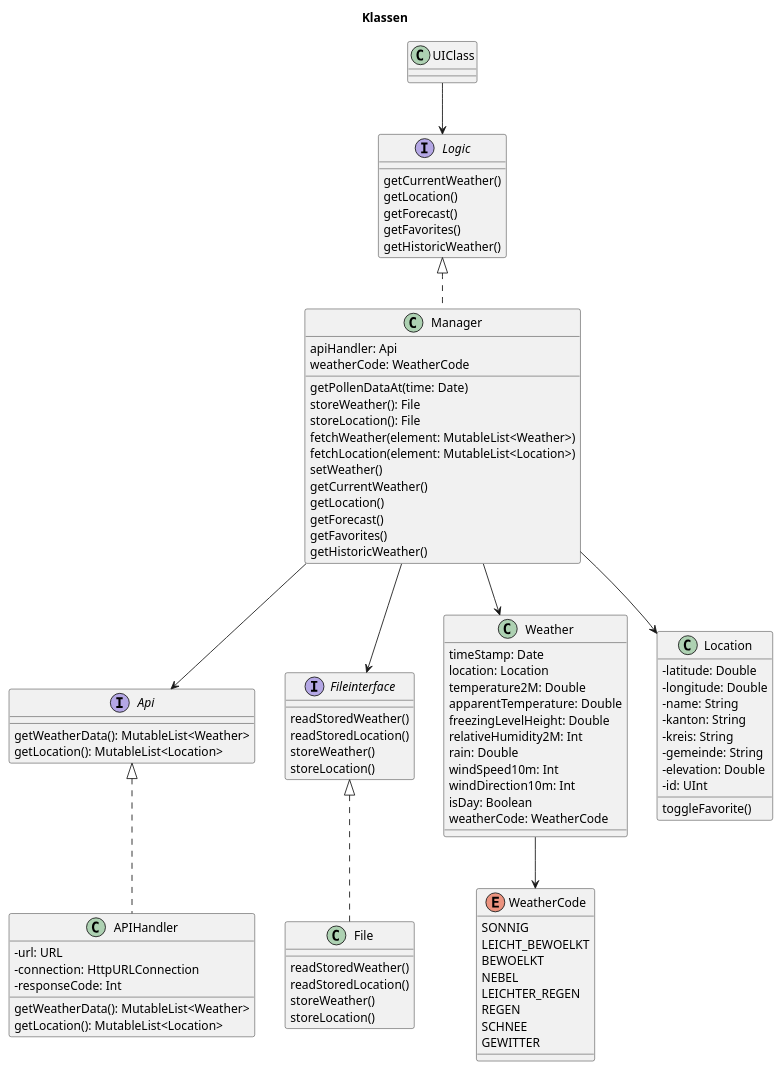
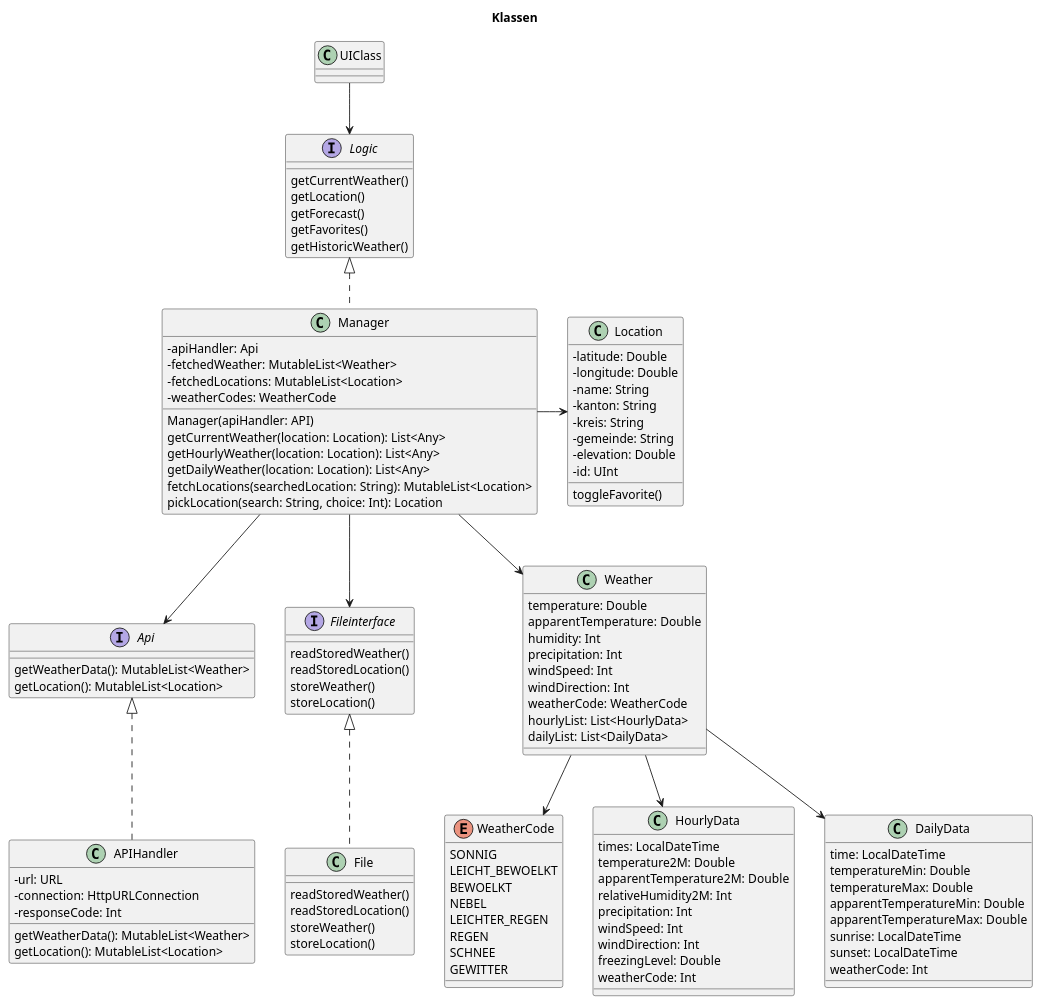
One commit to PaddyT91/Wetterapp_PRG_Testing_Phase changed the diagram in doc/ClassDiagram_Feedback.puml. Above: the diagram before and after it, drawn with PlantUML. The commit also changed 15 other files, not shown here.

Commit message:
Grosse Anpassungen - nicht genutzte UML-Diagramme gelöscht - Manager-, Wetterklassen im UML angepasst. - Architektur angepasst...

```diff
--- a/doc/ClassDiagram_Feedback.puml
+++ b/doc/ClassDiagram_Feedback.puml
@@ -1,118 +1,133 @@
 @startuml
 'https://plantuml.com/class-diagram
-
 
 skinparam classAttributeIconSize 0
 title Klassen
 
 
 
 Api <|-. APIHandler
 UIClass --> Logic
 Logic <|-. Manager
 Fileinterface <|-. File
 Manager --> Fileinterface
 Manager --> Api
 Manager --> Weather
-Manager --> Location
+Manager -> Location
 Weather --> WeatherCode
+Weather --> HourlyData
+Weather --> DailyData
 
 class Manager {
-    apiHandler: Api
-    getPollenDataAt(time: Date)
-    storeWeather(): File
-    storeLocation(): File
-    fetchWeather(element: MutableList<Weather>)
-    fetchLocation(element: MutableList<Location>)
-    weatherCode: WeatherCode
-    setWeather()
-    getCurrentWeather()
-    getLocation()
-    getForecast()
-    getFavorites()
-    getHistoricWeather()
+    - apiHandler: Api
+    - fetchedWeather: MutableList<Weather>
+    - fetchedLocations: MutableList<Location>
+    - weatherCodes: WeatherCode
+    Manager(apiHandler: API)
+    getCurrentWeather(location: Location): List<Any>
+    getHourlyWeather(location: Location): List<Any>
+    getDailyWeather(location: Location): List<Any>
+    fetchLocations(searchedLocation: String): MutableList<Location>
+    pickLocation(search: String, choice: Int): Location
 }
 
 interface Fileinterface {
     readStoredWeather()
     readStoredLocation()
     storeWeather()
     storeLocation()
 
 }
 
 interface Api {
      getWeatherData(): MutableList<Weather>
      getLocation(): MutableList<Location>
 }
 
-
 interface Logic {
     getCurrentWeather()
     getLocation()
     getForecast()
     getFavorites()
     getHistoricWeather()
 }
-
 class UIClass {
 
 }
-
 
 class File {
     readStoredWeather()
     readStoredLocation()
     storeWeather()
     storeLocation()
 }
-
 
 class APIHandler {
     -url: URL
     -connection: HttpURLConnection
     -responseCode: Int
     getWeatherData(): MutableList<Weather>
     getLocation(): MutableList<Location>
 
 }
 
 class Weather {
-    timeStamp: Date
-    location: Location
+    temperature: Double
+    apparentTemperature: Double
+    humidity: Int
+    precipitation: Int
+    windSpeed: Int
+    windDirection: Int
+    weatherCode: WeatherCode
+    hourlyList: List<HourlyData>
+    dailyList: List<DailyData>
+}
+
+class HourlyData {
+    times: LocalDateTime
     temperature2M: Double
-    apparentTemperature: Double
-    freezingLevelHeight: Double
+    apparentTemperature2M: Double
     relativeHumidity2M: Int
-    rain: Double
-    windSpeed10m: Int
-    windDirection10m: Int
-    isDay: Boolean
-    weatherCode: WeatherCode
+    precipitation: Int
+    windSpeed: Int
+    windDirection: Int
+    freezingLevel: Double
+    weatherCode: Int
+}
+
+class DailyData {
+    time: LocalDateTime
+    temperatureMin: Double
+    temperatureMax: Double
+    apparentTemperatureMin: Double
+    apparentTemperatureMax: Double
+    sunrise: LocalDateTime
+    sunset: LocalDateTime
+    weatherCode: Int
 }
 
 class Location {
     - latitude: Double
     - longitude: Double
     - name: String
     - kanton: String
     - kreis: String
     - gemeinde: String
     - elevation: Double
     - id: UInt
     toggleFavorite()
 }
 
 enum WeatherCode {
      SONNIG
      LEICHT_BEWOELKT
      BEWOELKT
      NEBEL
      LEICHTER_REGEN
      REGEN
      SCHNEE
      GEWITTER
 }
 
 
 @enduml
```
